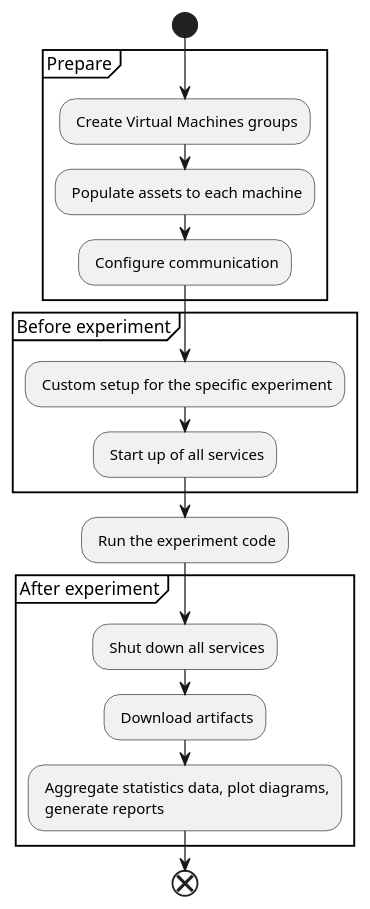
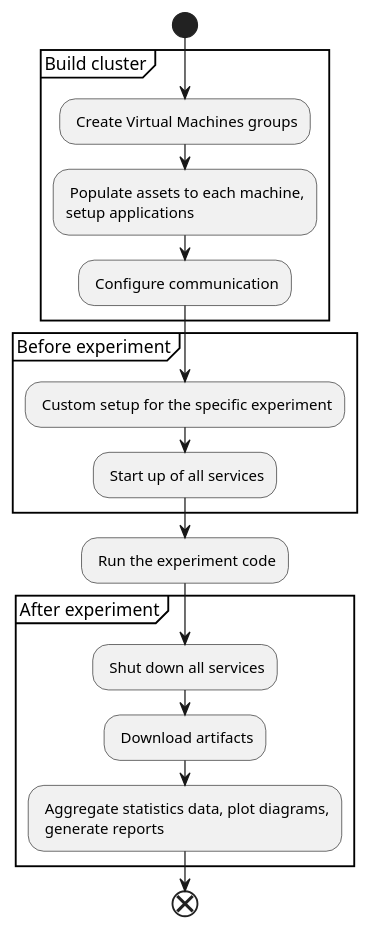
The diagram in docs/experiment.puml (rrader/elasticity-test-framework), drawn with PlantUML before and after one commit. The commit also changed 16 other files, not shown here.

```diff
--- a/docs/experiment.puml
+++ b/docs/experiment.puml
@@ -1,22 +1,22 @@
 @startuml
 start
-partition Prepare {
+partition "Build cluster" {
 : Create Virtual Machines groups;
-: Populate assets to each machine;
+: Populate assets to each machine,\nsetup applications;
 : Configure communication;
 }
 
 partition "Before experiment" {
 : Custom setup for the specific experiment;
 : Start up of all services;
 }
 
 : Run the experiment code;
 
 partition "After experiment" {
 : Shut down all services;
 : Download artifacts;
 : Aggregate statistics data, plot diagrams,\n generate reports;
 }
 end
 @enduml
```
